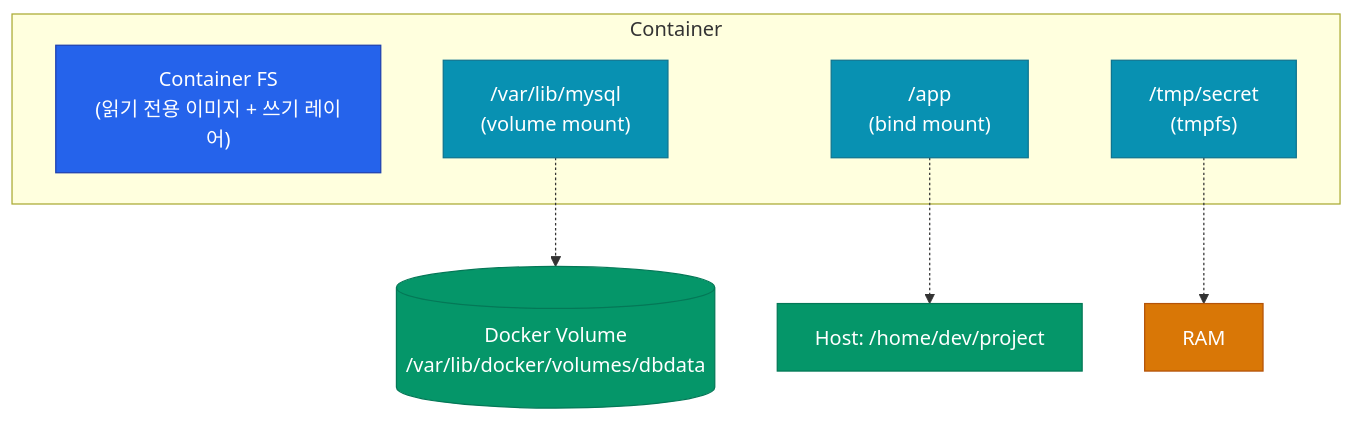
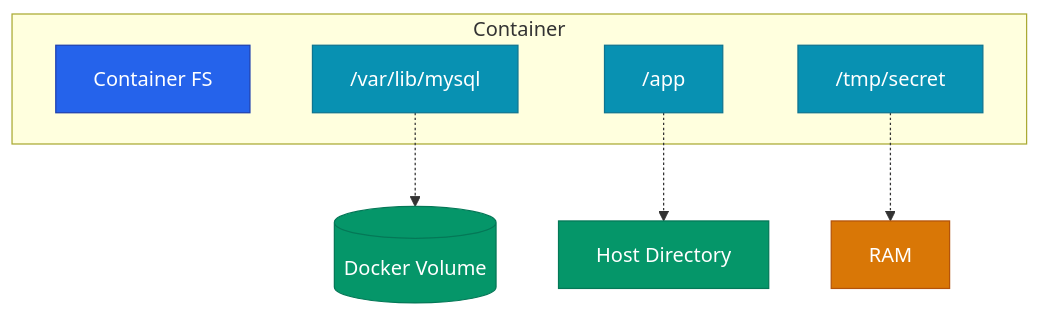
Before and after one commit to No1Joon/No1Joon.github.io: the third of 3 diagrams in _posts/container-orchestration/2026-04-20-docker-02-networking.md, drawn with Mermaid. The commit also changed other lines of this file and 15 other files, not shown here.

````diff
--- a/_posts/container-orchestration/2026-04-20-docker-02-networking.md
+++ b/_posts/container-orchestration/2026-04-20-docker-02-networking.md
@@ -123,27 +121,27 @@
 ```mermaid
 flowchart TB
     subgraph container ["Container"]
-        CFS["Container FS<br/>(읽기 전용 이미지 + 쓰기 레이어)"]
-        MNT1["/var/lib/mysql<br/>(volume mount)"]
-        MNT2["/app<br/>(bind mount)"]
-        MNT3["/tmp/secret<br/>(tmpfs)"]
+        CFS["Container FS"]
+        MNT1["/var/lib/mysql"]
+        MNT2["/app"]
+        MNT3["/tmp/secret"]
     end
 
-    VOL[("Docker Volume<br/>/var/lib/docker/volumes/dbdata")]
-    BIND["Host: /home/dev/project"]
+    VOL[("Docker Volume")]
+    BIND["Host Directory"]
     RAM["RAM"]
 
     MNT1 -.-> VOL
     MNT2 -.-> BIND
     MNT3 -.-> RAM
 
-    classDef container_fs fill:#2563eb,stroke:#1e40af,color:#ffffff
-    classDef mount fill:#0891b2,stroke:#0e7490,color:#ffffff
-    classDef storage fill:#059669,stroke:#047857,color:#ffffff
-    classDef memory fill:#d97706,stroke:#b45309,color:#ffffff
+    classDef primary fill:#2563eb,stroke:#1e40af,color:#ffffff
+    classDef info fill:#0891b2,stroke:#0e7490,color:#ffffff
+    classDef success fill:#059669,stroke:#047857,color:#ffffff
+    classDef warn fill:#d97706,stroke:#b45309,color:#ffffff
 
-    class CFS container_fs
-    class MNT1,MNT2,MNT3 mount
-    class VOL,BIND storage
-    class RAM memory
+    class CFS primary
+    class MNT1,MNT2,MNT3 info
+    class VOL,BIND success
+    class RAM warn
 ```
````
